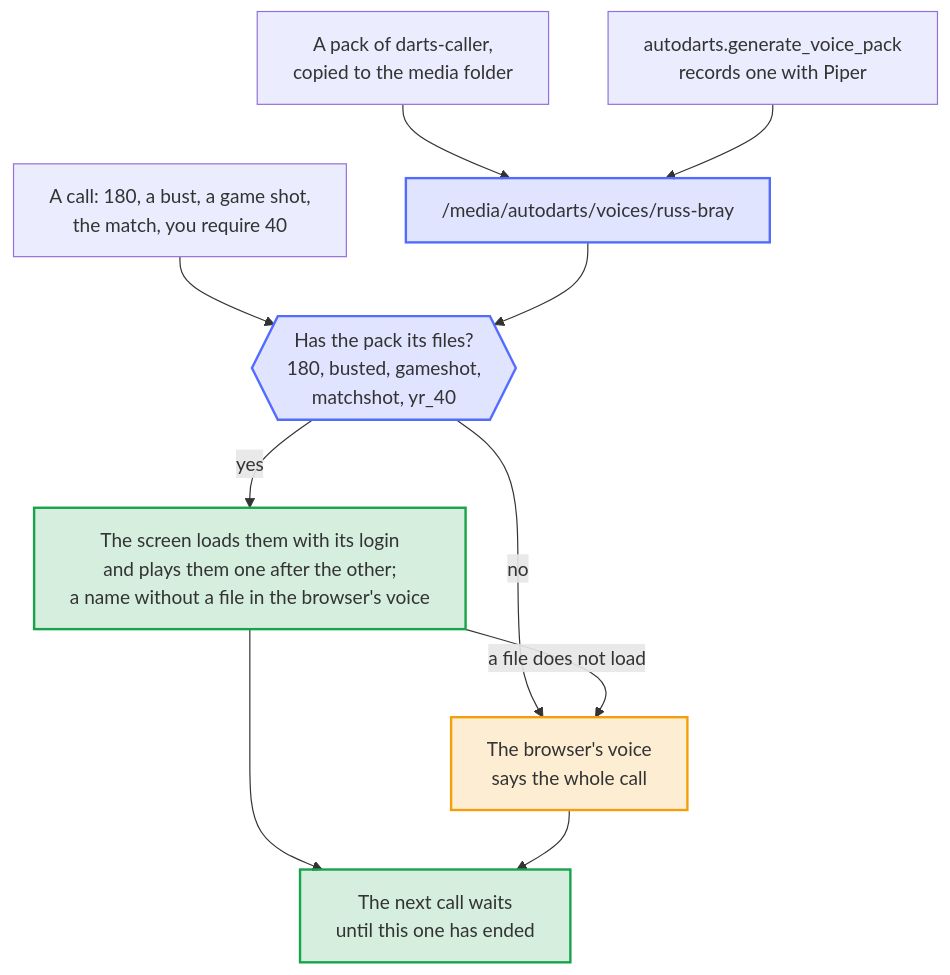
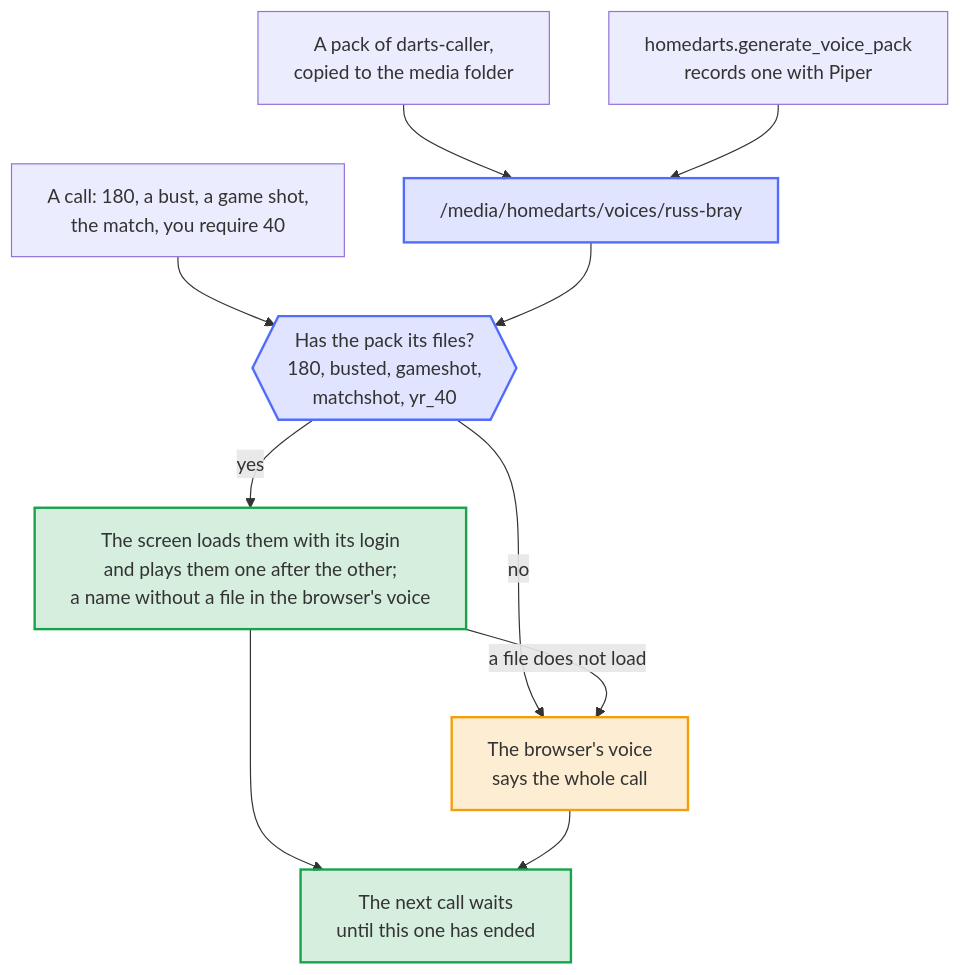
Before and after one commit to Dennis-Otto/ha-autodarts: the diagram in docs/diagrams/voice-packs.en.mmd, drawn with Mermaid. The commit also changed 506 other files, not shown here.

First line of the commit message:
feat!: HomeDarts for Autodarts, a name of its own (#442)

```diff
--- a/docs/diagrams/voice-packs.en.mmd
+++ b/docs/diagrams/voice-packs.en.mmd
@@ -1,25 +1,25 @@
 ---
 config:
   flowchart:
     wrappingWidth: 400
 ---
 flowchart TB
   accTitle: How the caller speaks with a voice pack
-  accDescr: A voice pack is a folder of autodarts/voices in the media folder, either a pack of darts-caller copied there or one that autodarts.generate_voice_pack recorded with a text-to-speech engine such as Piper. For every call, the scoreboard looks for the files of the call in the pack, such as 180, busted, gameshot or yr_40. When the pack has them, the screen loads them from Home Assistant with its login and plays them one after the other, with a name the pack lacks in the browser's voice. When the pack lacks the call, or a file does not load, the browser's voice says the whole call. Either way, the next call waits until this one has ended.
+  accDescr: A voice pack is a folder of homedarts/voices in the media folder, either a pack of darts-caller copied there or one that homedarts.generate_voice_pack recorded with a text-to-speech engine such as Piper. For every call, the scoreboard looks for the files of the call in the pack, such as 180, busted, gameshot or yr_40. When the pack has them, the screen loads them from Home Assistant with its login and plays them one after the other, with a name the pack lacks in the browser's voice. When the pack lacks the call, or a file does not load, the browser's voice says the whole call. Either way, the next call waits until this one has ended.
 
-  COPY["A pack of darts-caller,<br/>copied to the media folder"] --> FOLDER["/media/autodarts/voices/russ-bray"]
-  GENERATE["autodarts.generate_voice_pack<br/>records one with Piper"] --> FOLDER
+  COPY["A pack of darts-caller,<br/>copied to the media folder"] --> FOLDER["/media/homedarts/voices/russ-bray"]
+  GENERATE["homedarts.generate_voice_pack<br/>records one with Piper"] --> FOLDER
   CALL["A call: 180, a bust, a game shot,<br/>the match, you require 40"] --> FILES{{"Has the pack its files?<br/>180, busted, gameshot,<br/>matchshot, yr_40"}}
   FOLDER --> FILES
   FILES -- "yes" --> PLAY["The screen loads them with its login<br/>and plays them one after the other;<br/>a name without a file in the browser's voice"]
   FILES -- "no" --> BROWSER["The browser's voice<br/>says the whole call"]
   PLAY -- "a file does not load" --> BROWSER
   PLAY --> NEXT["The next call waits<br/>until this one has ended"]
   BROWSER --> NEXT
 
   classDef bot fill:#526cfe2e,stroke:#526cfe,stroke-width:2px
   classDef done fill:#16a34a2e,stroke:#16a34a,stroke-width:2px
   classDef warn fill:#f59e0b2e,stroke:#f59e0b,stroke-width:2px
   class FOLDER,FILES bot
   class PLAY,NEXT done
   class BROWSER warn
```
